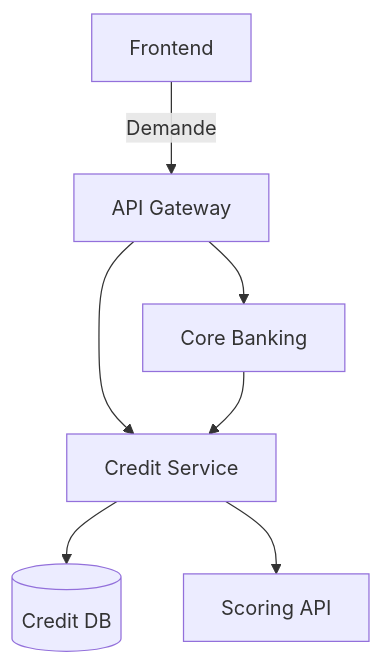
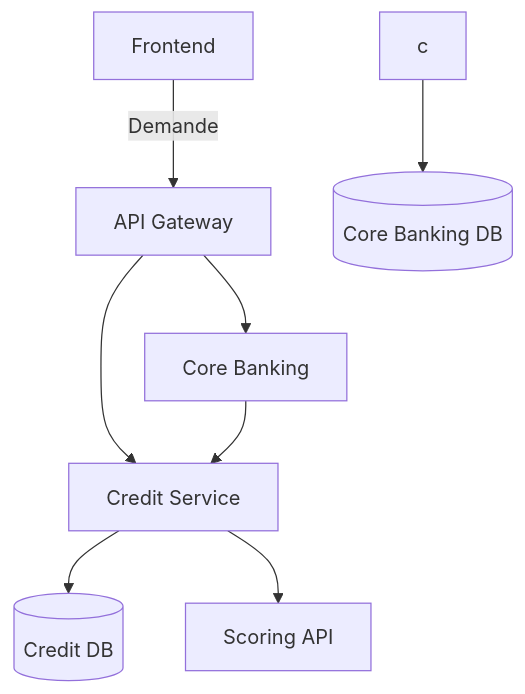
Before and after one commit to nassnamb/banking-api: the diagram in README.md, drawn with Mermaid.

````diff
--- a/README.md
+++ b/README.md
@@ -3,9 +3,10 @@
 ```mermaid
 graph TD
     A[Frontend] -->|Demande| B[API Gateway]
     B --> C[Core Banking]
     B --> D[Credit Service]
     D --> E[(Credit DB)]
     D --> F[Scoring API]
     C --> D
+    c --> G[(Core Banking DB)]
 ```
````
